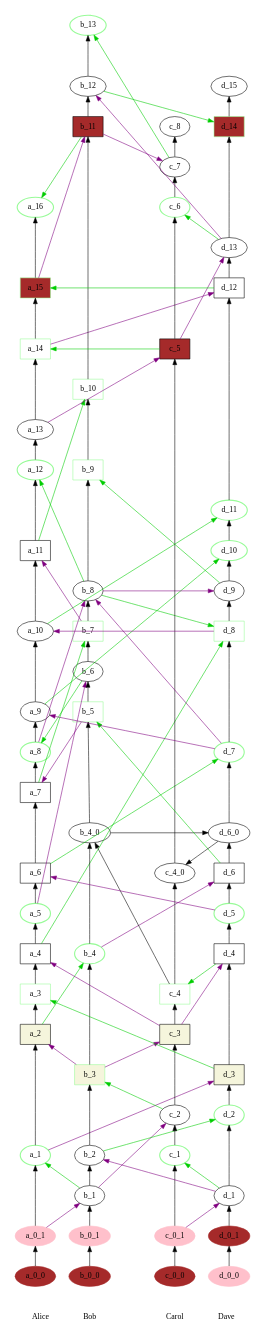
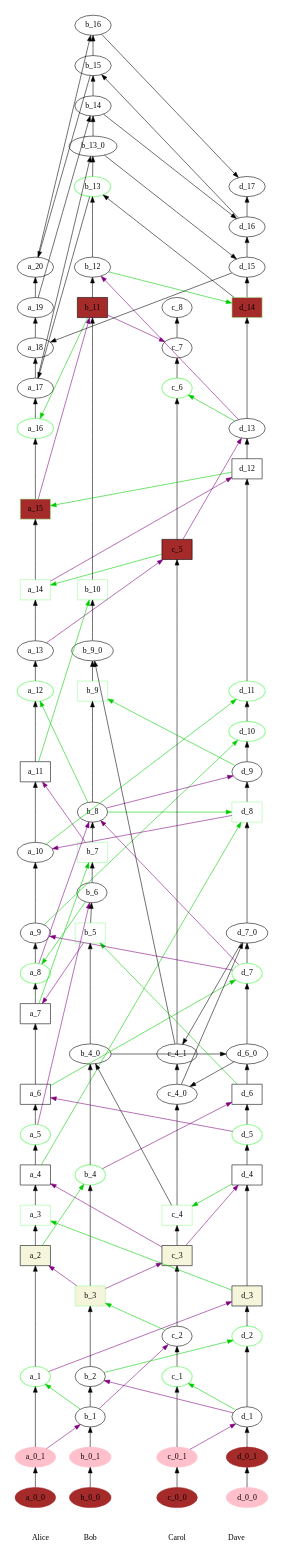
Before and after one commit to maqi/gossip_scribe: the diagram in input.dot, drawn with Graphviz. The commit also changed 1 other file, not shown here.

```diff
--- a/input.dot
+++ b/input.dot
@@ -1,151 +1,177 @@
 digraph GossipGraph {
 splines=false
 rankdir=BT
 outputorder=nodesfirst
 subgraph cluster_alice {
 style=invis
 Alice -> a_0_0 [style=invis]
 a_0_0 -> a_0_1
 a_0_1 -> a_1 [minlen=2]
 a_1 -> a_2 [minlen=3]
 a_2 -> a_3
 a_3 -> a_4
 a_4 -> a_5
 a_5 -> a_6
 a_6 -> a_7 [minlen=2]
 a_7 -> a_8
 a_8 -> a_9
 a_9 -> a_10 [minlen=2]
 a_10 -> a_11 [minlen=2]
 a_11 -> a_12 [minlen=2]
 a_12 -> a_13
 a_13 -> a_14 [minlen=2]
 a_14 -> a_15 [minlen=2]
 a_15 -> a_16 [minlen=2]
+a_16 -> a_17
+a_17 -> a_18
+a_18 -> a_19
+a_19 -> a_20
 }
 
 subgraph cluster_bob {
 style=invis
 Bob -> b_0_0 [style=invis]
 b_0_0 -> b_0_1
 b_0_1 -> b_1
 b_1 -> b_2
 b_2 -> b_3 [minlen=2]
 b_3 -> b_4 [minlen=3]
 b_4 -> b_4_0 [minlen=3]
 b_4_0 -> b_5 [minlen=3]
 b_5 -> b_6
 b_6 -> b_7
 b_7 -> b_8
 b_8 -> b_9 [minlen=3]
-b_9 -> b_10 [minlen=2]
+b_9 -> b_9_0
+b_9_0 -> b_10 [minlen=2]
 b_10 -> b_11 [minlen=7]
 b_11 -> b_12
 b_12 -> b_13 [minlen=2]
+b_13 -> b_13_0
+b_13_0 -> b_14
+b_14 -> b_15
+b_15 -> b_16
 }
 subgraph cluster_carol {
 style=invis
 Carol -> c_0_0 [style=invis]
 c_0_0 -> c_0_1
 c_0_1 -> c_1 [minlen=2]
 c_1 -> c_2
 c_2 -> c_3 [minlen=2]
 c_3 -> c_4
 c_4 -> c_4_0 [minlen=3]
-c_4_0 -> c_5 [minlen=13]
+c_4_0 -> c_4_1
+c_4_1 -> c_5 [minlen=13]
 c_5 -> c_6 [minlen=4]
 c_6 -> c_7
 c_7 -> c_8
 }
 subgraph cluster_dave {
 style=invis
 Dave -> d_0_0 [style=invis]
 d_0_0 -> d_0_1
 d_0_1 -> d_1
 d_1 -> d_2 [minlen=2]
 d_2 -> d_3
 d_3 -> d_4 [minlen=3]
 d_4 -> d_5
 d_5 -> d_6
 d_6 -> d_6_0
 d_6_0 -> d_7 [minlen=2]
-d_7 -> d_8 [minlen=3]
+d_7 -> d_7_0
+d_7_0 -> d_8 [minlen=3]
 d_8 -> d_9
 d_9 -> d_10
 d_10 -> d_11
 d_11 -> d_12 [minlen=6]
 d_12 -> d_13
 d_13 -> d_14 [minlen=3]
 d_14 -> d_15
+d_15 -> d_16
+d_16 -> d_17
 }
 {
 rank=same
 Alice -> Bob -> Carol -> Dave [style=invis]
 Alice, Bob, Carol, Dave [style=filled, color=white]
 }
 
 edge [constraint=false]
 
 a_0_0, b_0_0, c_0_0, d_0_1 [style=filled, color=brown]
 d_0_0, a_0_1, b_0_1, c_0_1 [style=filled, color=pink]
 
 a_1, a_3, a_5, a_8, a_12, a_14, a_15, a_16, b_3, b_4, b_5, b_7, b_9, b_10, b_13, c_1, c_4, c_6, d_2, d_5, d_7, d_8, d_10, d_11, d_14 [style=bold, color=palegreen]
 
 a_2, b_3, c_3, d_3 [style=filled, fillcolor=beige, shape=rectangle]
 a_3, a_4, a_6, a_7, a_11, a_14, b_5, b_7, b_9, b_10, c_4, d_4, d_6, d_8, d_12 [style=filled, fillcolor=white, shape=rectangle]
 
 a_15, b_11, c_5, d_14 [shape=rectangle, style=filled, fillcolor=brown]
 
 a_0_1 -> b_1 [color=purple]
 b_1 -> a_1 [color=green3]
 c_0_1 -> d_1 [color=purple]
 d_1 -> b_2 [color=purple]
 b_1 -> c_2 [color=purple]
 c_2 -> b_3 [color=green3]
 a_13 -> c_5 [color=purple]
 c_5 -> a_14 [color=green3]
 d_1 -> c_1 [color=green3]
 b_2 -> d_2 [color=green3]
 a_1 -> d_3 [color=purple]
 d_3 -> a_3 [color=green3]
 b_3 -> a_2 [color=purple]
 a_2 -> b_4 [color=green3]
 c_3 -> a_4 [color=purple]
 a_4 -> d_8 [color=green3]
 c_3 -> d_4 [color=purple]
 b_3 -> c_3 [color=purple]
 d_4 -> c_4 [color=green3]
 b_4 -> d_6 [color=purple]
 d_6 -> b_5 [color=green3]
 d_5 -> a_6 [color=purple]
 a_6 -> d_7 [color=green3]
 a_5 -> b_6 [color=purple]
 b_6 -> a_8 [color=green3]
 b_5 -> a_7 [color=purple]
 a_7 -> b_7 [color=green3]
 d_7 -> b_8 [color=purple]
 b_8 -> d_8 [color=green3]
 d_7 -> a_9 [color=purple]
 a_9 -> d_10 [color=green3]
 b_8 -> d_9 [color=purple]
 d_9 -> b_9 [color=green3]
 a_8 -> b_8 [color=purple]
 b_8 -> a_12 [color=green3]
 b_7 -> a_11 [color=purple]
 a_11 -> b_10 [color=green3]
 d_8 -> a_10 [color=purple]
 a_10 -> d_11 [color=green3]
 a_14 -> d_12 [color=purple]
 d_12 -> a_15 [color=green3]
 a_15 -> b_11 [color=purple]
 b_11 -> a_16 [color=green3]
 c_5 -> d_13 [color=purple]
 d_13 -> c_6 [color=green3]
 d_13 -> b_12 [color=purple]
 b_12 -> d_14 [color=green3]
 b_11 -> c_7 [color=purple]
-c_7 -> b_13 [color=green3]
 c_4 -> b_4_0 [color=black]
 b_4_0 -> d_6_0 [color=black]
 d_6_0 -> c_4_0 [color=black]
+c_4_0 -> d_7_0 [color=black]
+d_7_0 -> c_4_1 [color=black]
+c_4_1 -> b_9_0 [color=black]
+b_13 -> a_17
+a_17 -> b_13_0
+b_13_0 -> d_15
+d_15 -> a_18
+a_19 -> b_14
+b_14 -> d_16
+d_14 -> b_13
+d_16 -> b_15
+b_15 -> a_20
+a_20 -> b_16
+b_16 -> d_17
 }
```
